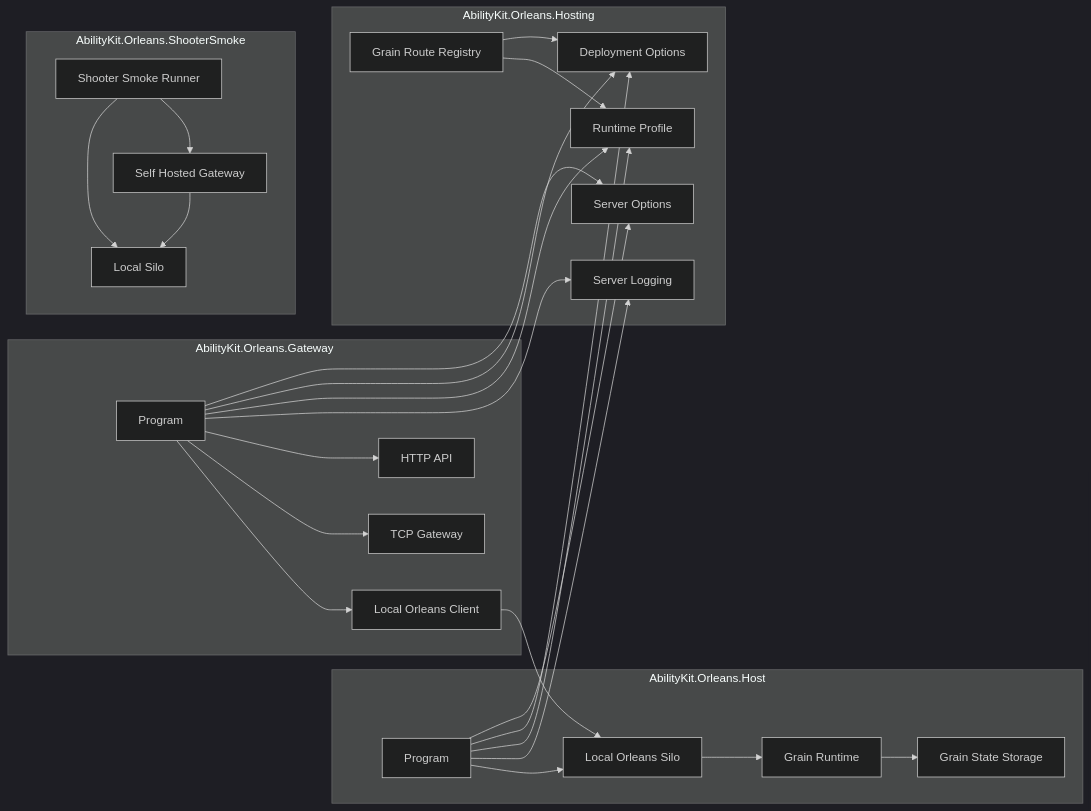
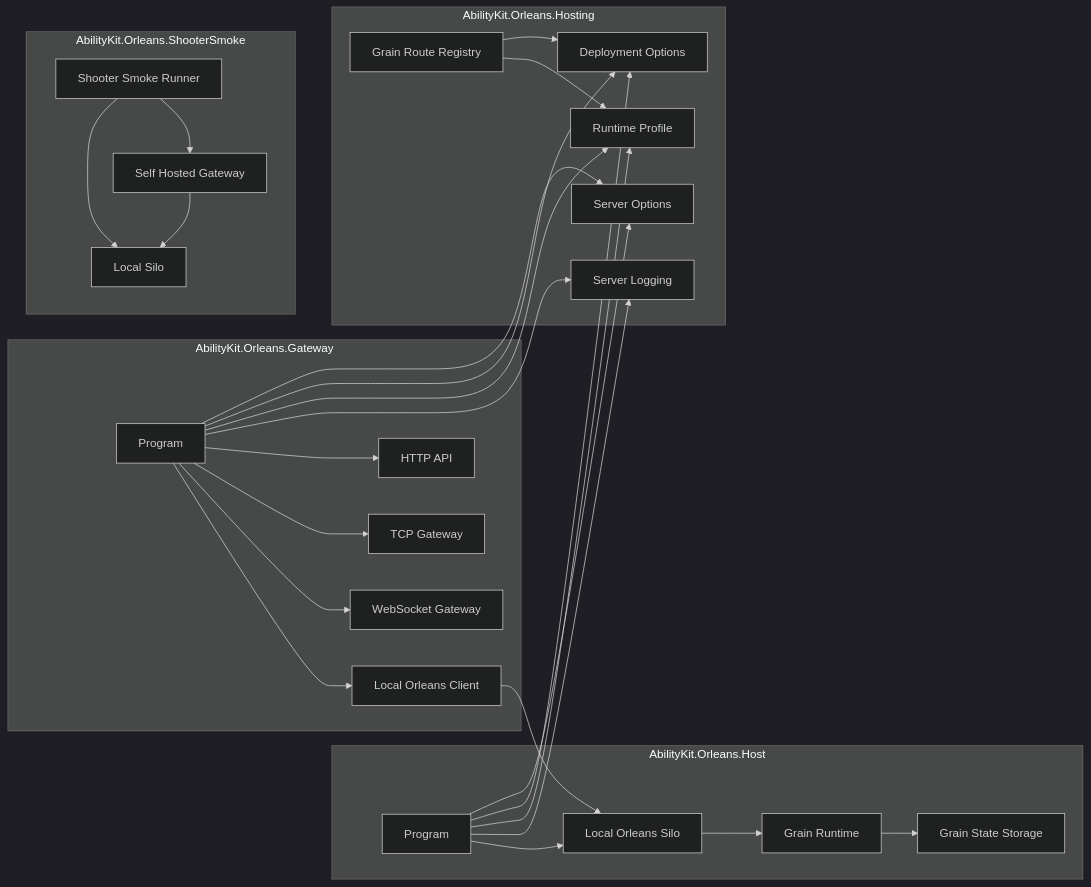
The first of 2 diagrams in Docs/design/12-ServerArchitecture/01-OrleansRuntimeAndDeployment.md (HOBOBO/AbilityKit), drawn with Mermaid (dark theme) before and after one commit. The commit also changed other lines of this file and 537 other files, not shown here.

````diff
--- a/Docs/design/12-ServerArchitecture/01-OrleansRuntimeAndDeployment.md
+++ b/Docs/design/12-ServerArchitecture/01-OrleansRuntimeAndDeployment.md
@@ -28,51 +34,53 @@
 ```mermaid
 flowchart LR
     subgraph HostProcess[AbilityKit.Orleans.Host]
         HostProgram[Program]
         Silo[Local Orleans Silo]
         GrainRuntime[Grain Runtime]
         GrainStorage[Grain State Storage]
     end
 
     subgraph GatewayProcess[AbilityKit.Orleans.Gateway]
         GatewayProgram[Program]
         Http[HTTP API]
         Tcp[TCP Gateway]
+        WebSocket[WebSocket Gateway]
         Client[Local Orleans Client]
     end
 
     subgraph SmokeProcess[AbilityKit.Orleans.ShooterSmoke]
         SmokeRunner[Shooter Smoke Runner]
         SmokeGateway[Self Hosted Gateway]
         SmokeSilo[Local Silo]
     end
 
     subgraph SharedHosting[AbilityKit.Orleans.Hosting]
         ServerOptions[Server Options]
         Deployment[Deployment Options]
         RuntimeProfile[Runtime Profile]
         Logging[Server Logging]
         RouteRegistry[Grain Route Registry]
     end
 
     HostProgram --> ServerOptions
     HostProgram --> Deployment
     HostProgram --> RuntimeProfile
     HostProgram --> Logging
     HostProgram --> Silo --> GrainRuntime --> GrainStorage
 
     GatewayProgram --> ServerOptions
     GatewayProgram --> Deployment
     GatewayProgram --> RuntimeProfile
     GatewayProgram --> Logging
     GatewayProgram --> Http
     GatewayProgram --> Tcp
+    GatewayProgram --> WebSocket
     GatewayProgram --> Client --> Silo
 
     SmokeRunner --> SmokeGateway
     SmokeRunner --> SmokeSilo
     SmokeGateway --> SmokeSilo
 
     RouteRegistry --> Deployment
     RouteRegistry --> RuntimeProfile
 ```
````
